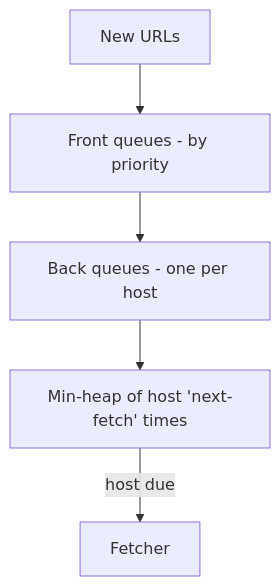
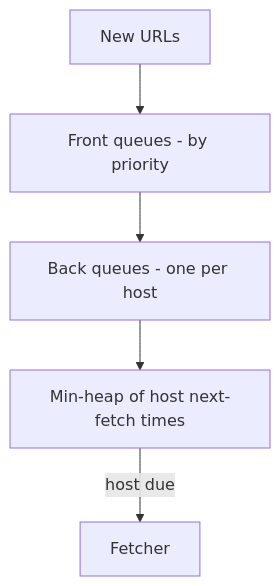
The second of 2 diagrams in system-design/2-case-studies/web-crawler.md (hiepgithub2001/swedocs), drawn with Mermaid before and after one commit. The commit also changed other lines of this file and 3 other files, not shown here.

````diff
--- a/system-design/2-case-studies/web-crawler.md
+++ b/system-design/2-case-studies/web-crawler.md
@@ -62,7 +82,7 @@
 ```mermaid
 flowchart TB
     In[New URLs] --> FQ[Front queues - by priority]
     FQ --> BQ[Back queues - one per host]
-    BQ --> Heap[Min-heap of host 'next-fetch' times]
+    BQ --> Heap[Min-heap of host next-fetch times]
     Heap -->|host due| Fetch[Fetcher]
 ```
````
